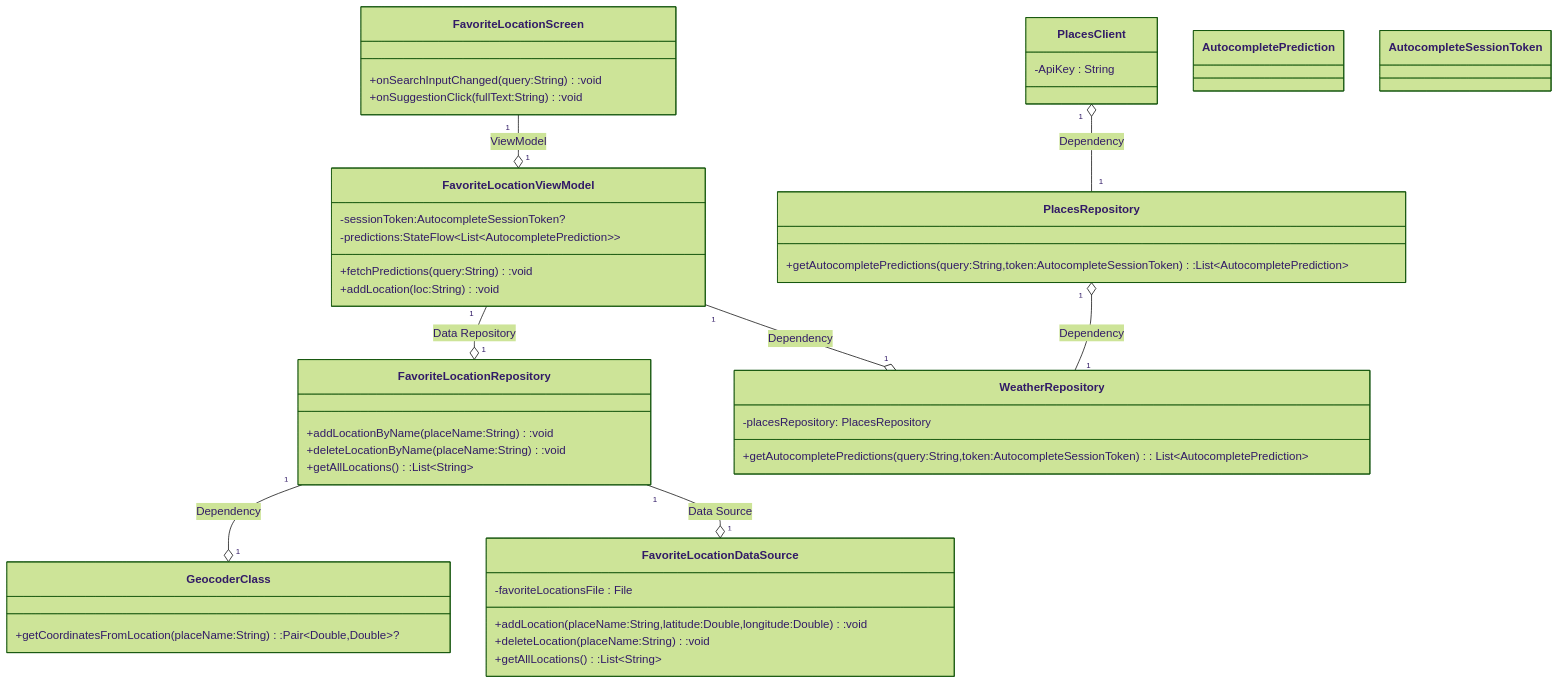
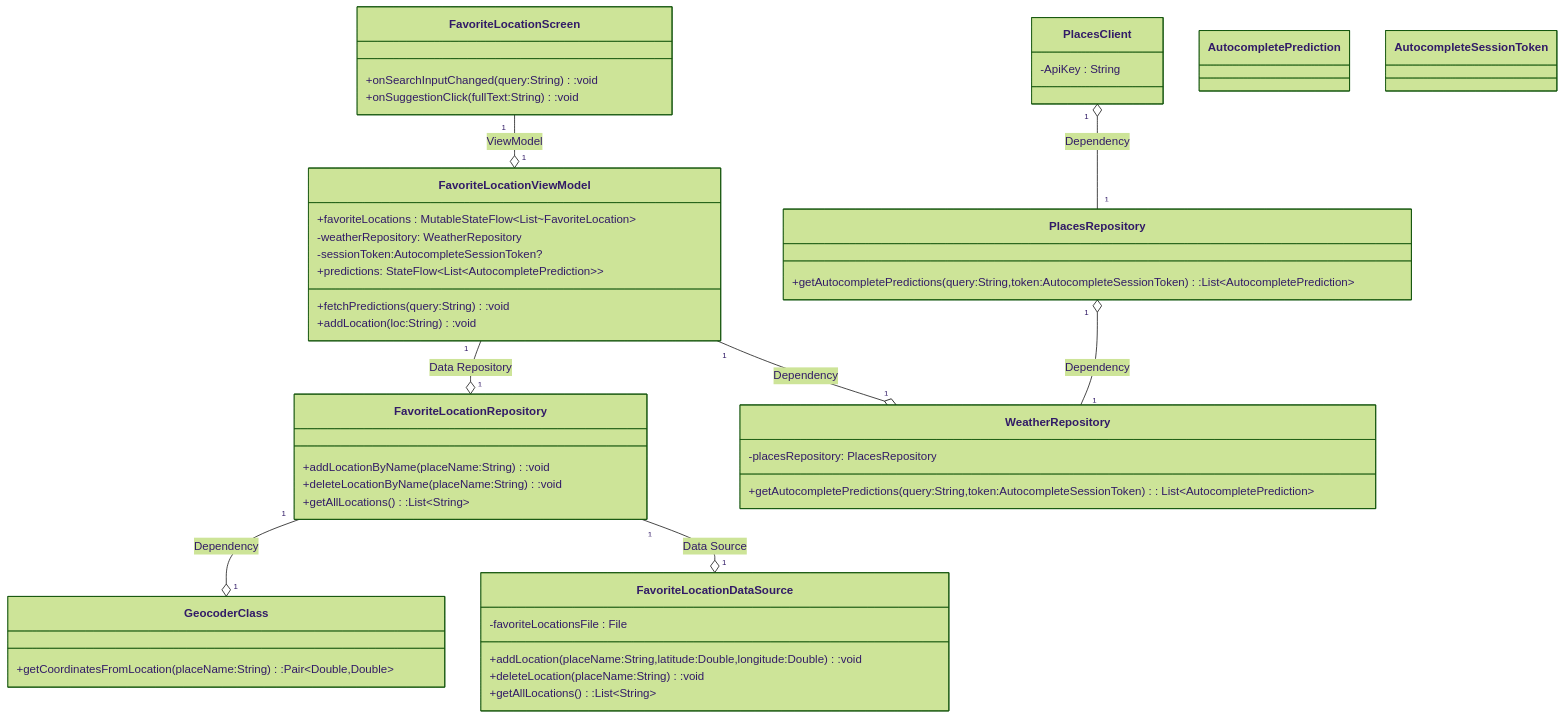
Before and after one commit to GithubTechsupport/VaerAktiv: the diagram in diagrams/add_favorite_location/classdiagram.md, drawn with Mermaid (forest theme). The commit also changed 1 other file, not shown here.

Commit message:
Further improvements to diagrams (changed unformatted brackets)

````diff
--- a/diagrams/add_favorite_location/classdiagram.md
+++ b/diagrams/add_favorite_location/classdiagram.md
@@ -1,55 +1,57 @@
 ```mermaid
 classDiagram
     FavoriteLocationScreen "1" --o "1" FavoriteLocationViewModel : ViewModel
     FavoriteLocationViewModel "1" --o "1" FavoriteLocationRepository : Data Repository
     FavoriteLocationViewModel "1" --o "1" WeatherRepository : Dependency
     FavoriteLocationRepository "1" --o "1" GeocoderClass : Dependency
     FavoriteLocationRepository "1" --o "1" FavoriteLocationDataSource : Data Source
     PlacesClient "1" o-- "1" PlacesRepository : Dependency
     PlacesRepository "1" o-- "1" WeatherRepository : Dependency
 
     class WeatherRepository {
       -placesRepository: PlacesRepository
             +getAutocompletePredictions(query:String,token:AutocompleteSessionToken): List~AutocompletePrediction~
     }
 
     class PlacesClient {
         -ApiKey : String
     }
 
     class FavoriteLocationScreen {
       +onSearchInputChanged(query:String):void
       +onSuggestionClick(fullText:String):void
     }
 
     class FavoriteLocationViewModel {
+      +favoriteLocations : MutableStateFlow~List~FavoriteLocation~
+      -weatherRepository: WeatherRepository
       -sessionToken:AutocompleteSessionToken?
-      -predictions:StateFlow&lt;List&lt;AutocompletePrediction&gt;&gt;
+      +predictions: StateFlow~List~AutocompletePrediction~~
       +fetchPredictions(query:String):void
       +addLocation(loc:String):void
     }
 
     class FavoriteLocationRepository {
       +addLocationByName(placeName:String):void
       +deleteLocationByName(placeName:String):void
-      +getAllLocations():List&lt;String&gt;
+      +getAllLocations():List~String~
     }
 
     class GeocoderClass {
-      +getCoordinatesFromLocation(placeName:String):Pair&lt;Double,Double&gt;?
+      +getCoordinatesFromLocation(placeName:String):Pair~Double,Double~
     }
 
     class FavoriteLocationDataSource {
       -favoriteLocationsFile : File
       +addLocation(placeName:String,latitude:Double,longitude:Double):void
       +deleteLocation(placeName:String):void
-      +getAllLocations():List&lt;String&gt;
+      +getAllLocations():List~String~
     }
 
     class PlacesRepository {
-      +getAutocompletePredictions(query:String,token:AutocompleteSessionToken):List&lt;AutocompletePrediction&gt;
+      +getAutocompletePredictions(query:String,token:AutocompleteSessionToken):List~AutocompletePrediction~
     }
 
     class AutocompletePrediction
     class AutocompleteSessionToken
 ```
````
